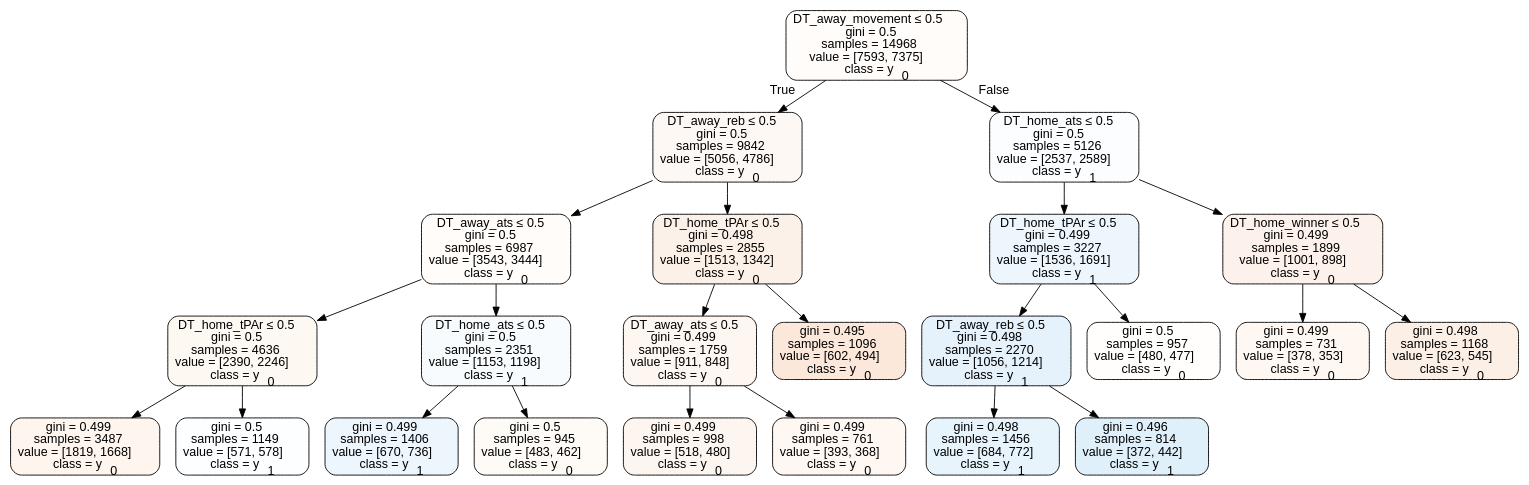
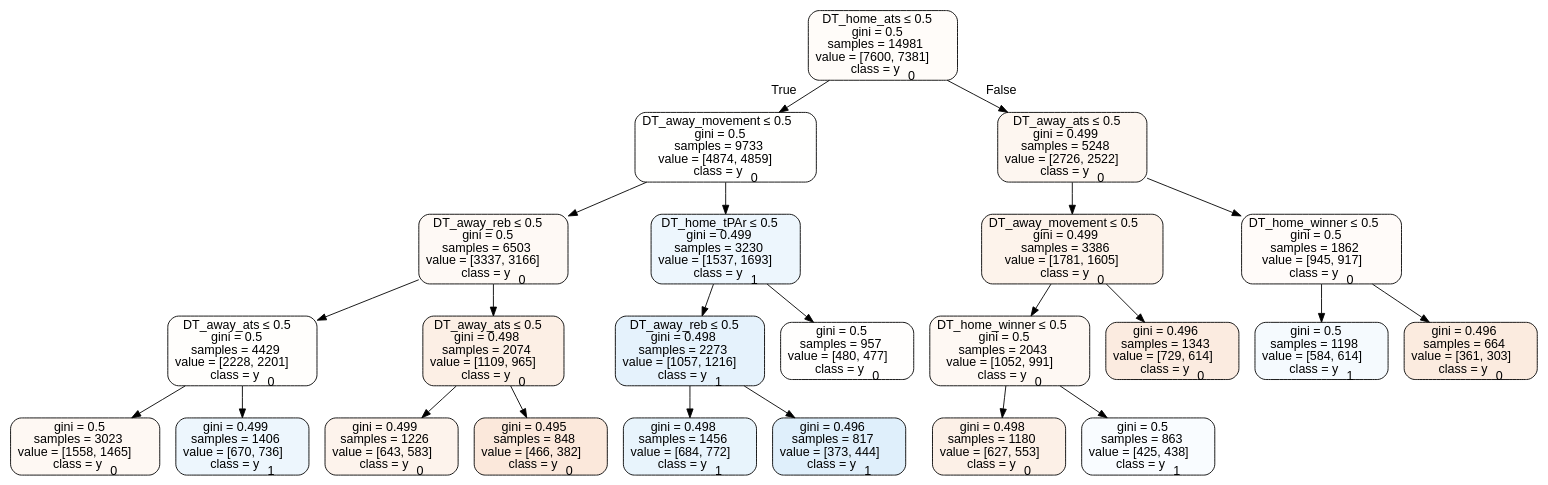
One commit to usbogie/ncaa-bets changed the diagram in Basketball/data/trees/tree2012home.dot. Above: the diagram before and after it, drawn with Graphviz. The commit also changed 9 other files, not shown here.

```diff
--- a/Basketball/data/trees/tree2012home.dot
+++ b/Basketball/data/trees/tree2012home.dot
@@ -1,49 +1,49 @@
 digraph Tree {
 node [shape=box, style="filled, rounded", color="black", fontname=helvetica] ;
 edge [fontname=helvetica] ;
-0 [label=<DT_away_movement &le; 0.5<br/>gini = 0.5<br/>samples = 14968<br/>value = [7593, 7375]<br/>class = y<SUB>0</SUB>>, fillcolor="#e5813907"] ;
-1 [label=<DT_away_reb &le; 0.5<br/>gini = 0.5<br/>samples = 9842<br/>value = [5056, 4786]<br/>class = y<SUB>0</SUB>>, fillcolor="#e581390e"] ;
+0 [label=<DT_home_ats &le; 0.5<br/>gini = 0.5<br/>samples = 14981<br/>value = [7600, 7381]<br/>class = y<SUB>0</SUB>>, fillcolor="#e5813907"] ;
+1 [label=<DT_away_movement &le; 0.5<br/>gini = 0.5<br/>samples = 9733<br/>value = [4874, 4859]<br/>class = y<SUB>0</SUB>>, fillcolor="#e5813901"] ;
 0 -> 1 [labeldistance=2.5, labelangle=45, headlabel="True"] ;
-2 [label=<DT_away_ats &le; 0.5<br/>gini = 0.5<br/>samples = 6987<br/>value = [3543, 3444]<br/>class = y<SUB>0</SUB>>, fillcolor="#e5813907"] ;
+2 [label=<DT_away_reb &le; 0.5<br/>gini = 0.5<br/>samples = 6503<br/>value = [3337, 3166]<br/>class = y<SUB>0</SUB>>, fillcolor="#e581390d"] ;
 1 -> 2 ;
-3 [label=<DT_home_tPAr &le; 0.5<br/>gini = 0.5<br/>samples = 4636<br/>value = [2390, 2246]<br/>class = y<SUB>0</SUB>>, fillcolor="#e581390f"] ;
+3 [label=<DT_away_ats &le; 0.5<br/>gini = 0.5<br/>samples = 4429<br/>value = [2228, 2201]<br/>class = y<SUB>0</SUB>>, fillcolor="#e5813903"] ;
 2 -> 3 ;
-4 [label=<gini = 0.499<br/>samples = 3487<br/>value = [1819, 1668]<br/>class = y<SUB>0</SUB>>, fillcolor="#e5813915"] ;
+4 [label=<gini = 0.5<br/>samples = 3023<br/>value = [1558, 1465]<br/>class = y<SUB>0</SUB>>, fillcolor="#e581390f"] ;
 3 -> 4 ;
-5 [label=<gini = 0.5<br/>samples = 1149<br/>value = [571, 578]<br/>class = y<SUB>1</SUB>>, fillcolor="#399de503"] ;
+5 [label=<gini = 0.499<br/>samples = 1406<br/>value = [670, 736]<br/>class = y<SUB>1</SUB>>, fillcolor="#399de517"] ;
 3 -> 5 ;
-6 [label=<DT_home_ats &le; 0.5<br/>gini = 0.5<br/>samples = 2351<br/>value = [1153, 1198]<br/>class = y<SUB>1</SUB>>, fillcolor="#399de50a"] ;
+6 [label=<DT_away_ats &le; 0.5<br/>gini = 0.498<br/>samples = 2074<br/>value = [1109, 965]<br/>class = y<SUB>0</SUB>>, fillcolor="#e5813921"] ;
 2 -> 6 ;
-7 [label=<gini = 0.499<br/>samples = 1406<br/>value = [670, 736]<br/>class = y<SUB>1</SUB>>, fillcolor="#399de517"] ;
+7 [label=<gini = 0.499<br/>samples = 1226<br/>value = [643, 583]<br/>class = y<SUB>0</SUB>>, fillcolor="#e5813918"] ;
 6 -> 7 ;
-8 [label=<gini = 0.5<br/>samples = 945<br/>value = [483, 462]<br/>class = y<SUB>0</SUB>>, fillcolor="#e581390b"] ;
+8 [label=<gini = 0.495<br/>samples = 848<br/>value = [466, 382]<br/>class = y<SUB>0</SUB>>, fillcolor="#e581392e"] ;
 6 -> 8 ;
-9 [label=<DT_home_tPAr &le; 0.5<br/>gini = 0.498<br/>samples = 2855<br/>value = [1513, 1342]<br/>class = y<SUB>0</SUB>>, fillcolor="#e581391d"] ;
+9 [label=<DT_home_tPAr &le; 0.5<br/>gini = 0.499<br/>samples = 3230<br/>value = [1537, 1693]<br/>class = y<SUB>1</SUB>>, fillcolor="#399de517"] ;
 1 -> 9 ;
-10 [label=<DT_away_ats &le; 0.5<br/>gini = 0.499<br/>samples = 1759<br/>value = [911, 848]<br/>class = y<SUB>0</SUB>>, fillcolor="#e5813912"] ;
+10 [label=<DT_away_reb &le; 0.5<br/>gini = 0.498<br/>samples = 2273<br/>value = [1057, 1216]<br/>class = y<SUB>1</SUB>>, fillcolor="#399de521"] ;
 9 -> 10 ;
-11 [label=<gini = 0.499<br/>samples = 998<br/>value = [518, 480]<br/>class = y<SUB>0</SUB>>, fillcolor="#e5813913"] ;
+11 [label=<gini = 0.498<br/>samples = 1456<br/>value = [684, 772]<br/>class = y<SUB>1</SUB>>, fillcolor="#399de51d"] ;
 10 -> 11 ;
-12 [label=<gini = 0.499<br/>samples = 761<br/>value = [393, 368]<br/>class = y<SUB>0</SUB>>, fillcolor="#e5813910"] ;
+12 [label=<gini = 0.496<br/>samples = 817<br/>value = [373, 444]<br/>class = y<SUB>1</SUB>>, fillcolor="#399de529"] ;
 10 -> 12 ;
-13 [label=<gini = 0.495<br/>samples = 1096<br/>value = [602, 494]<br/>class = y<SUB>0</SUB>>, fillcolor="#e581392e"] ;
+13 [label=<gini = 0.5<br/>samples = 957<br/>value = [480, 477]<br/>class = y<SUB>0</SUB>>, fillcolor="#e5813902"] ;
 9 -> 13 ;
-14 [label=<DT_home_ats &le; 0.5<br/>gini = 0.5<br/>samples = 5126<br/>value = [2537, 2589]<br/>class = y<SUB>1</SUB>>, fillcolor="#399de505"] ;
+14 [label=<DT_away_ats &le; 0.5<br/>gini = 0.499<br/>samples = 5248<br/>value = [2726, 2522]<br/>class = y<SUB>0</SUB>>, fillcolor="#e5813913"] ;
 0 -> 14 [labeldistance=2.5, labelangle=-45, headlabel="False"] ;
-15 [label=<DT_home_tPAr &le; 0.5<br/>gini = 0.499<br/>samples = 3227<br/>value = [1536, 1691]<br/>class = y<SUB>1</SUB>>, fillcolor="#399de517"] ;
+15 [label=<DT_away_movement &le; 0.5<br/>gini = 0.499<br/>samples = 3386<br/>value = [1781, 1605]<br/>class = y<SUB>0</SUB>>, fillcolor="#e5813919"] ;
 14 -> 15 ;
-16 [label=<DT_away_reb &le; 0.5<br/>gini = 0.498<br/>samples = 2270<br/>value = [1056, 1214]<br/>class = y<SUB>1</SUB>>, fillcolor="#399de521"] ;
+16 [label=<DT_home_winner &le; 0.5<br/>gini = 0.5<br/>samples = 2043<br/>value = [1052, 991]<br/>class = y<SUB>0</SUB>>, fillcolor="#e581390f"] ;
 15 -> 16 ;
-17 [label=<gini = 0.498<br/>samples = 1456<br/>value = [684, 772]<br/>class = y<SUB>1</SUB>>, fillcolor="#399de51d"] ;
+17 [label=<gini = 0.498<br/>samples = 1180<br/>value = [627, 553]<br/>class = y<SUB>0</SUB>>, fillcolor="#e581391e"] ;
 16 -> 17 ;
-18 [label=<gini = 0.496<br/>samples = 814<br/>value = [372, 442]<br/>class = y<SUB>1</SUB>>, fillcolor="#399de528"] ;
+18 [label=<gini = 0.5<br/>samples = 863<br/>value = [425, 438]<br/>class = y<SUB>1</SUB>>, fillcolor="#399de508"] ;
 16 -> 18 ;
-19 [label=<gini = 0.5<br/>samples = 957<br/>value = [480, 477]<br/>class = y<SUB>0</SUB>>, fillcolor="#e5813902"] ;
+19 [label=<gini = 0.496<br/>samples = 1343<br/>value = [729, 614]<br/>class = y<SUB>0</SUB>>, fillcolor="#e5813928"] ;
 15 -> 19 ;
-20 [label=<DT_home_winner &le; 0.5<br/>gini = 0.499<br/>samples = 1899<br/>value = [1001, 898]<br/>class = y<SUB>0</SUB>>, fillcolor="#e581391a"] ;
+20 [label=<DT_home_winner &le; 0.5<br/>gini = 0.5<br/>samples = 1862<br/>value = [945, 917]<br/>class = y<SUB>0</SUB>>, fillcolor="#e5813908"] ;
 14 -> 20 ;
-21 [label=<gini = 0.499<br/>samples = 731<br/>value = [378, 353]<br/>class = y<SUB>0</SUB>>, fillcolor="#e5813911"] ;
+21 [label=<gini = 0.5<br/>samples = 1198<br/>value = [584, 614]<br/>class = y<SUB>1</SUB>>, fillcolor="#399de50c"] ;
 20 -> 21 ;
-22 [label=<gini = 0.498<br/>samples = 1168<br/>value = [623, 545]<br/>class = y<SUB>0</SUB>>, fillcolor="#e5813920"] ;
+22 [label=<gini = 0.496<br/>samples = 664<br/>value = [361, 303]<br/>class = y<SUB>0</SUB>>, fillcolor="#e5813929"] ;
 20 -> 22 ;
 }
```
